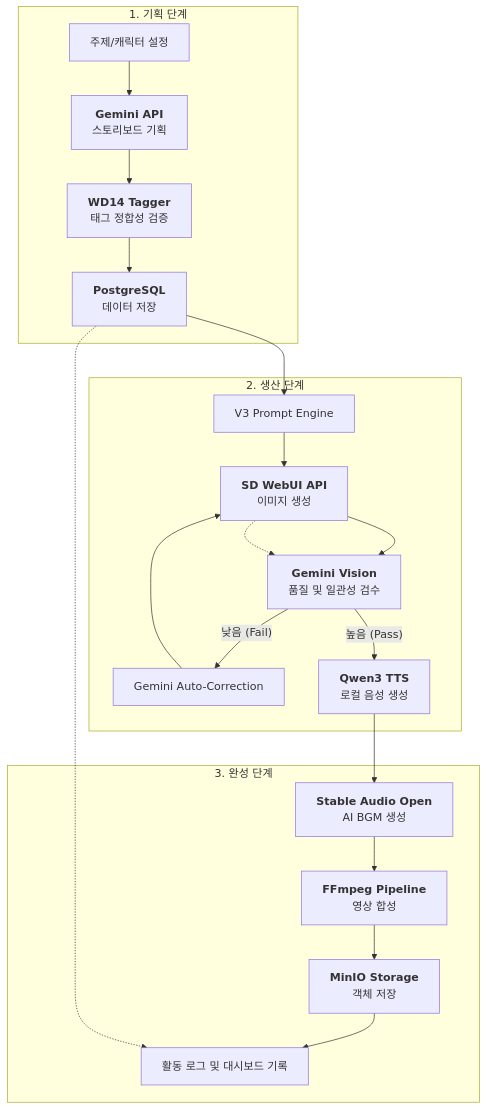
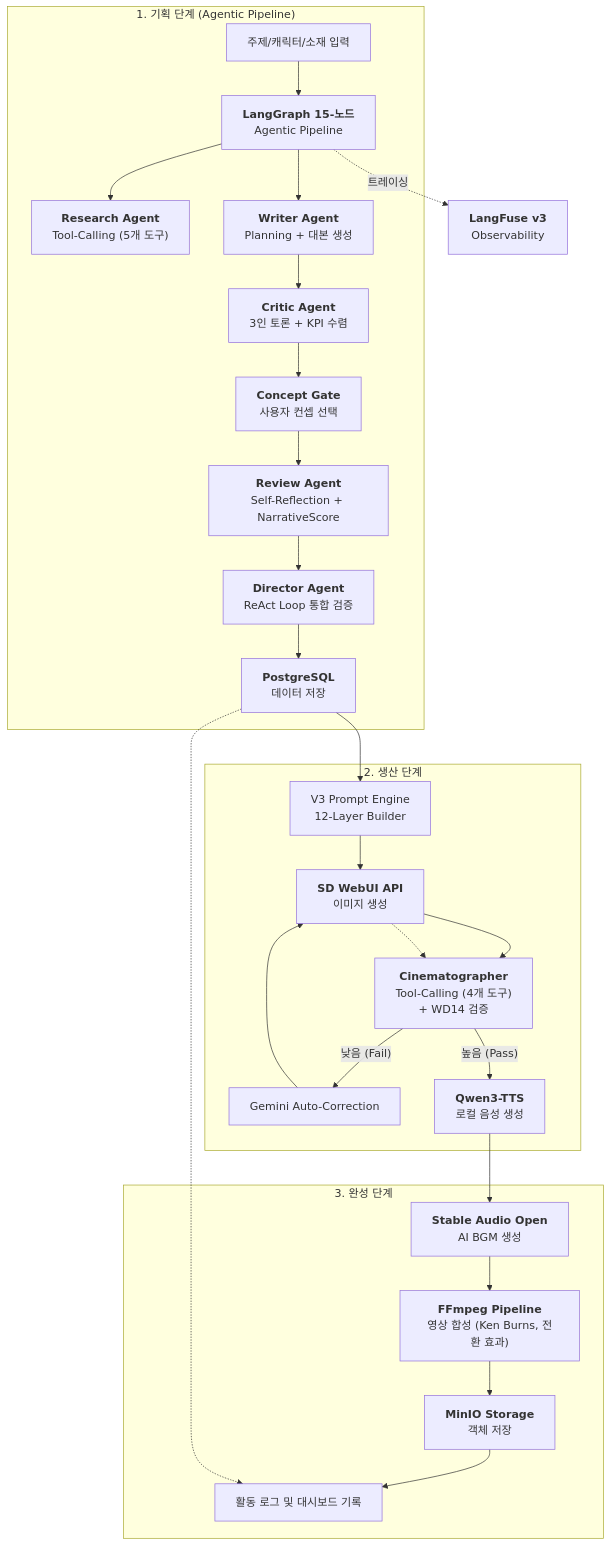
One commit to tomo-playground/sdd-orchestrator changed the first of 2 diagrams in docs/01_product/PRD.md. Above: the diagram before and after it, drawn with Mermaid. The commit also changed other lines of this file and 8 other files, not shown here.

First line of the commit message:
docs: ROADMAP Studio UX 반영 + PRD/AGENTIC_PIPELINE 문서 정리

````diff
--- a/docs/01_product/PRD.md
+++ b/docs/01_product/PRD.md
@@ -9,28 +9,36 @@
 ```mermaid
 graph TD
-    subgraph Planning ["1. 기획 단계"]
-        Topic[주제/캐릭터 설정] --> Gemini[<b>Gemini API</b><br/>스토리보드 기획]
-        Gemini --> Validation[<b>WD14 Tagger</b><br/>태그 정합성 검증]
-        Validation --> DB_Store[<b>PostgreSQL</b><br/>데이터 저장]
+    subgraph Planning ["1. 기획 단계 (Agentic Pipeline)"]
+        Topic[주제/캐릭터/소재 입력] --> Graph["<b>LangGraph 15-노드</b><br/>Agentic Pipeline"]
+        Graph --> Research["<b>Research Agent</b><br/>Tool-Calling (5개 도구)"]
+        Graph --> Writer["<b>Writer Agent</b><br/>Planning + 대본 생성"]
+        Writer --> Critic["<b>Critic Agent</b><br/>3인 토론 + KPI 수렴"]
+        Critic --> ConceptGate["<b>Concept Gate</b><br/>사용자 컨셉 선택"]
+        ConceptGate --> Review["<b>Review Agent</b><br/>Self-Reflection + NarrativeScore"]
+        Review --> Director["<b>Director Agent</b><br/>ReAct Loop 통합 검증"]
+        Director --> DB_Store["<b>PostgreSQL</b><br/>데이터 저장"]
     end
 
     subgraph Production ["2. 생산 단계"]
-        DB_Store --> Prompt[V3 Prompt Engine]
-        Prompt --> SD[<b>SD WebUI API</b><br/>이미지 생성]
-        SD --> Quality[<b>Gemini Vision</b><br/>품질 및 일관성 검수]
+        DB_Store --> Prompt[V3 Prompt Engine<br/>12-Layer Builder]
+        Prompt --> SD["<b>SD WebUI API</b><br/>이미지 생성"]
+        SD --> Quality["<b>Cinematographer</b><br/>Tool-Calling (4개 도구)<br/>+ WD14 검증"]
         Quality -- "낮음 (Fail)" --> AutoEdit[Gemini Auto-Correction]
         AutoEdit --> SD
-        Quality -- "높음 (Pass)" --> Audio[<b>Qwen3 TTS</b><br/>로컬 음성 생성]
+        Quality -- "높음 (Pass)" --> Audio["<b>Qwen3-TTS</b><br/>로컬 음성 생성"]
     end
 
     subgraph Finalization ["3. 완성 단계"]
-        Audio --> BGM[<b>Stable Audio Open</b><br/>AI BGM 생성]
-        BGM --> FFmpeg[<b>FFmpeg Pipeline</b><br/>영상 합성]
-        FFmpeg --> MinIO[<b>MinIO Storage</b><br/>객체 저장]
+        Audio --> BGM["<b>Stable Audio Open</b><br/>AI BGM 생성"]
+        BGM --> FFmpeg["<b>FFmpeg Pipeline</b><br/>영상 합성 (Ken Burns, 전환 효과)"]
+        FFmpeg --> MinIO["<b>MinIO Storage</b><br/>객체 저장"]
         MinIO --> History[활동 로그 및 대시보드 기록]
     end
+
+    %% Observability
+    Graph -.->|트레이싱| LangFuse["<b>LangFuse v3</b><br/>Observability"]
 
     %% Data Connections
     DB_Store -.-> History
     SD -.-> Quality
 ```
````
